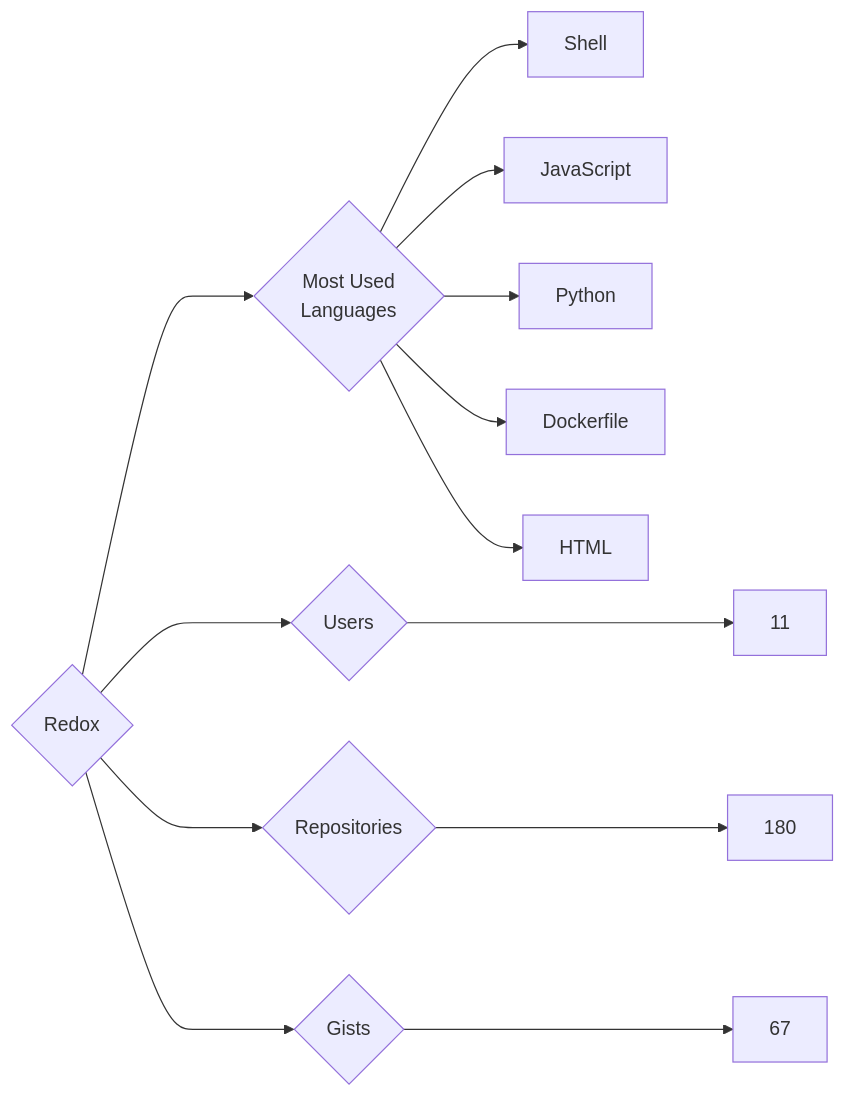
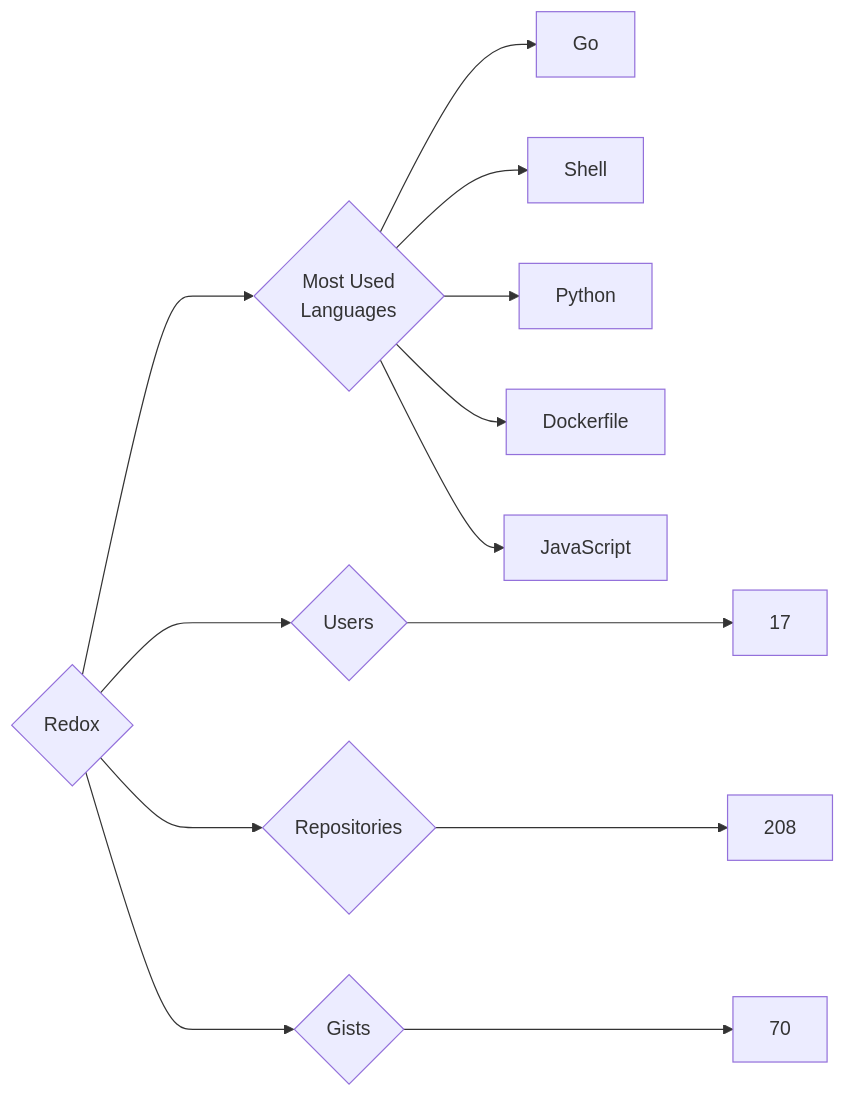
Before and after one commit to trickest/insiders: the diagram in targets/Redox/README.md, drawn with Mermaid. The commit also changed 695 other files, not shown here.

````diff
--- a/targets/Redox/README.md
+++ b/targets/Redox/README.md
@@ -3,13 +3,13 @@
 ```mermaid
 graph LR
 COMPANY_NAME{Redox}
-COMPANY_NAME ---> U{Users} ---> UN[11]
-COMPANY_NAME ---> R{Repositories} ---> RN[180]
-COMPANY_NAME ---> G{Gists} ---> GN[67]
+COMPANY_NAME ---> U{Users} ---> UN[17]
+COMPANY_NAME ---> R{Repositories} ---> RN[208]
+COMPANY_NAME ---> G{Gists} ---> GN[70]
 COMPANY_NAME ---> ML{Most Used<br>Languages}
+ML --> Go[Go]
 ML --> Shell[Shell]
-ML --> JavaScript[JavaScript]
 ML --> Python[Python]
 ML --> Dockerfile[Dockerfile]
-ML --> HTML[HTML]
+ML --> JavaScript[JavaScript]
 ```
````
